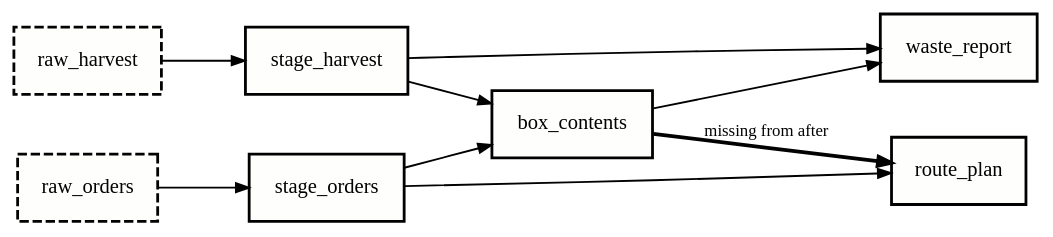
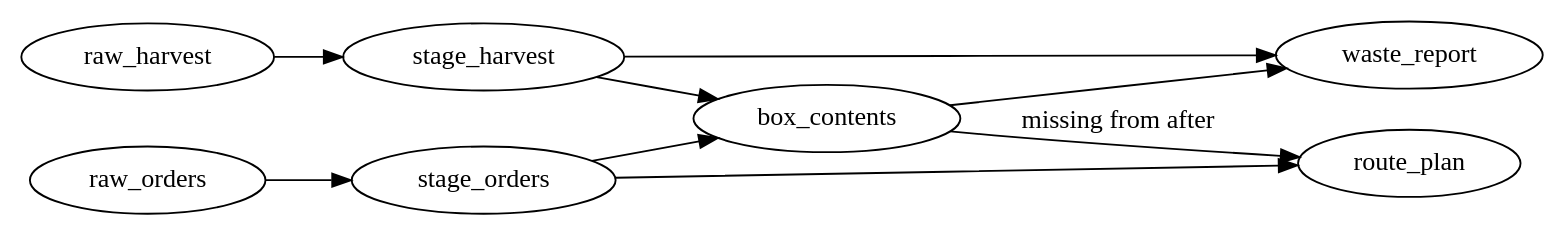
The diagram in content/post/lineage-in-the-sql/figures/lineage.dot (hallb/hallb.github.io), drawn with Graphviz before and after one commit. The commit also changed 13 other files, not shown here.

First line of the commit message:
Keep the diagram style in one place, and theme the SVGs themselves

```diff
--- a/content/post/lineage-in-the-sql/figures/lineage.dot
+++ b/content/post/lineage-in-the-sql/figures/lineage.dot
@@ -1,21 +1,13 @@
-// Table lineage for the Fernhill Growers warehouse, as lineage.py writes it,
-// with styling added. The colours are placeholders, swapped for CSS variables
-// after rendering: #010101 ink, #FEFEFD card, #020202 accent, #030303 muted.
 digraph lineage {
-  graph [rankdir=LR, bgcolor="transparent", fontname="Atkinson Hyperlegible", pad=0.2, nodesep=0.35, ranksep=0.6];
-  node  [shape=box, style="filled", fillcolor="#FEFEFD", color="#010101", fontcolor="#010101", fontname="Atkinson Hyperlegible Mono", fontsize=11, penwidth=1.5];
-  edge  [color="#010101", fontcolor="#030303", fontname="Atkinson Hyperlegible Mono", fontsize=9, arrowsize=0.7];
-
-  // Loaded by the shop and the growers' tablets, not by a job
-  raw_harvest [style="filled,dashed", color="#030303", fontcolor="#030303"];
-  raw_orders  [style="filled,dashed", color="#030303", fontcolor="#030303"];
-
+  graph [rankdir=LR];
+  raw_harvest [class=external];
+  raw_orders [class=external];
   raw_harvest -> stage_harvest;
   raw_orders -> stage_orders;
   stage_harvest -> box_contents;
   stage_orders -> box_contents;
-  box_contents -> route_plan [label="missing from after", color="#020202", fontcolor="#020202", penwidth=2];
+  box_contents -> route_plan [class=highlight, label="missing from after"];
   stage_orders -> route_plan;
   box_contents -> waste_report;
   stage_harvest -> waste_report;
 }
```
